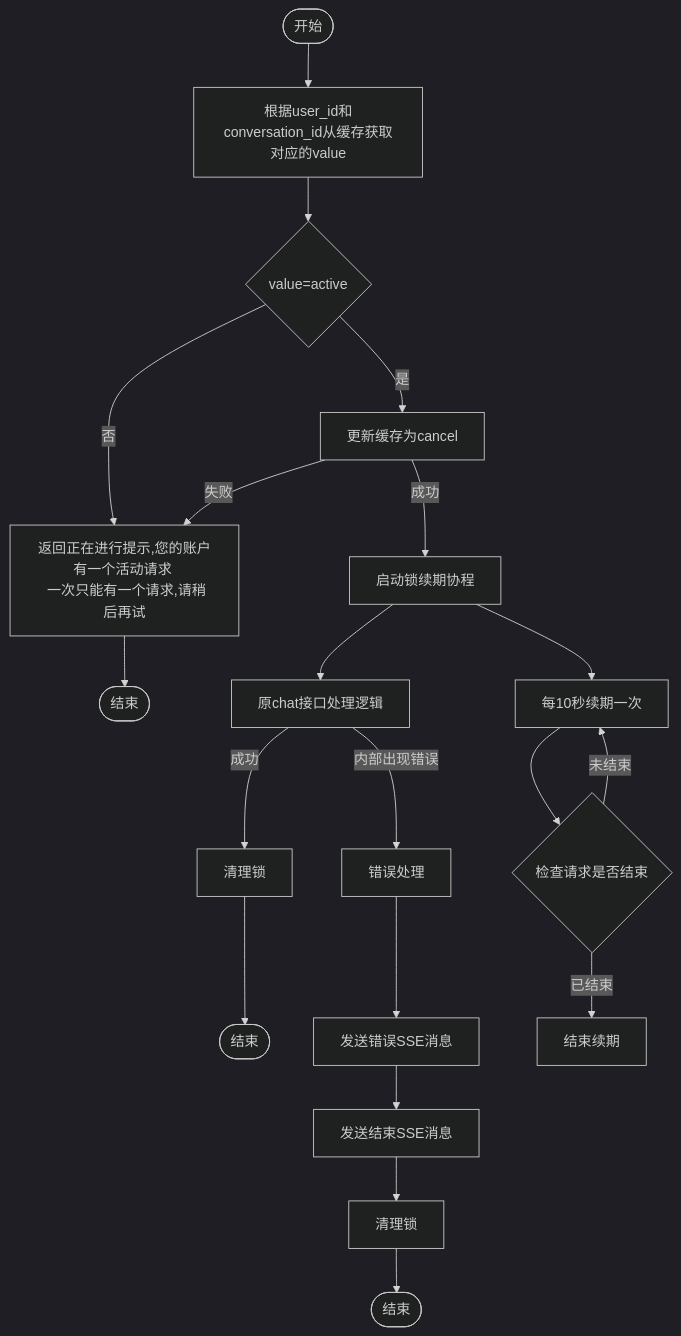
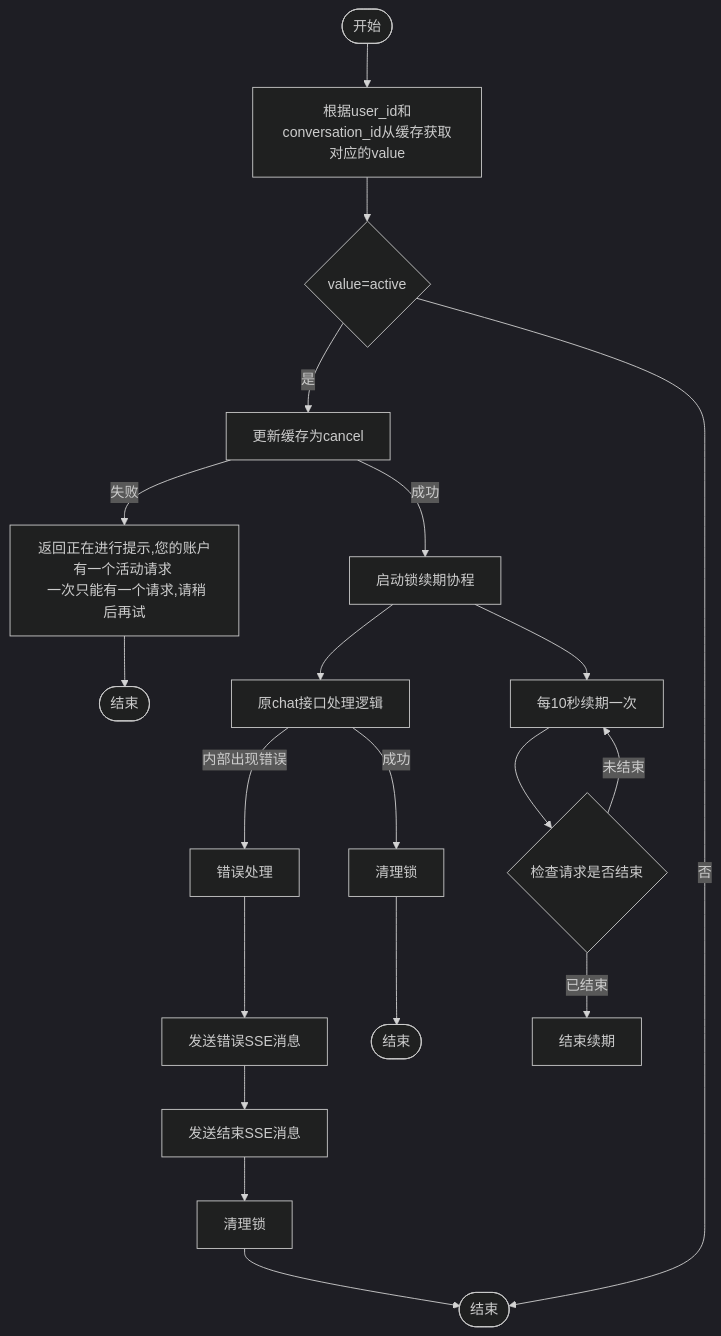
One commit to yingjianzh/iodraw-files changed the diagram in all/未命名-20.md. Above: the diagram before and after it, drawn with Mermaid (dark theme).

Commit message:
2025-02-05 16:23:48 update

````diff
--- a/all/未命名-20.md
+++ b/all/未命名-20.md
@@ -1,31 +1,31 @@
 ```mermaid
 flowchart TD
     Start([开始]) --> A[根据user_id和conversation_id从缓存获取对应的value]
     A --> B{value=active}
     B --> |是| C[更新缓存为cancel]
-    B --> |否| D[返回]
+    B --> |否| End2([结束])
     
     C -->|失败| D[返回正在进行提示,您的账户有一个活动请求 \n 一次只能有一个请求,请稍后再试]
     D --> End1([结束])
     
     C -->|成功| E[启动锁续期协程]
     E --> F[原chat接口处理逻辑]
     
     F -->|内部出现错误| G[错误处理]
      %% 正常结束流程
     F -->|成功| N[清理锁]
     N --> End3([结束])
     
     %% 错误处理流程
     G --> K[发送错误SSE消息]
     K --> L[发送结束SSE消息]
     L --> M[清理锁]
     M --> End2([结束])
     
     %% 锁续期协程
     E --> O[每10秒续期一次]
     O --> P{检查请求是否结束}
     P -->|未结束| O
     P -->|已结束| Q[结束续期]
 
 ```
````
